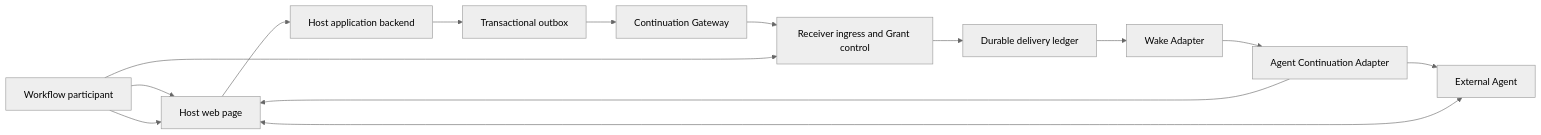
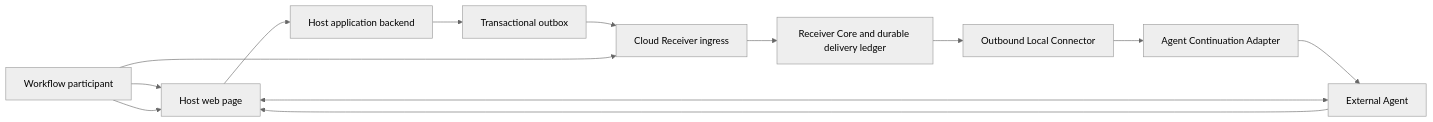
One commit to Alex0158/OpenAI-Web-MCP-Challenge changed the diagram in Docs/Core/03-system-design.md. Above: the diagram before and after it, drawn with Mermaid (neutral theme). The commit also changed other lines of this file and 12 other files, not shown here.

```diff
--- a/Docs/Core/03-system-design.md
+++ b/Docs/Core/03-system-design.md
@@ -45,16 +55,15 @@
 ~~~mermaid
 flowchart LR
     U["Workflow participant"] --> P["Host web page"]
     A["External Agent"] <--> P
     P --> B["Host application backend"]
     B --> O["Transactional outbox"]
-    O --> G["Continuation Gateway"]
-    G --> R["Receiver ingress and Grant control"]
-    R --> D["Durable delivery ledger"]
-    D --> W["Wake Adapter"]
-    W --> C["Agent Continuation Adapter"]
+    O --> R["Cloud Receiver ingress"]
+    R --> D["Receiver Core and durable delivery ledger"]
+    D --> L["Outbound Local Connector"]
+    L --> C["Agent Continuation Adapter"]
     C --> A
-    C --> P
+    A --> P
     U --> R
     U --> P
 ~~~
```
